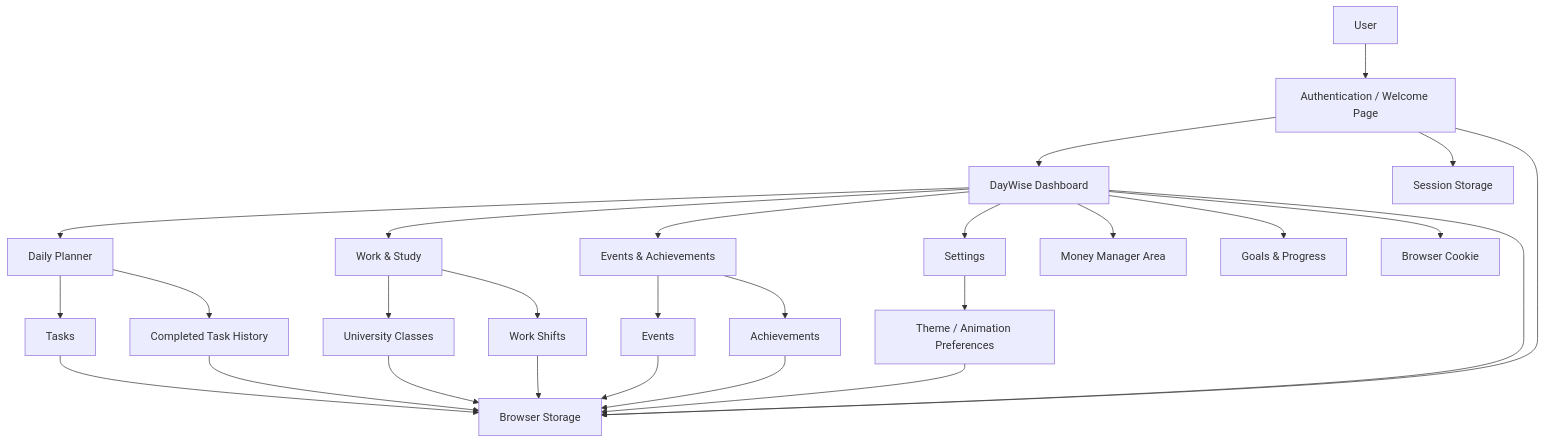
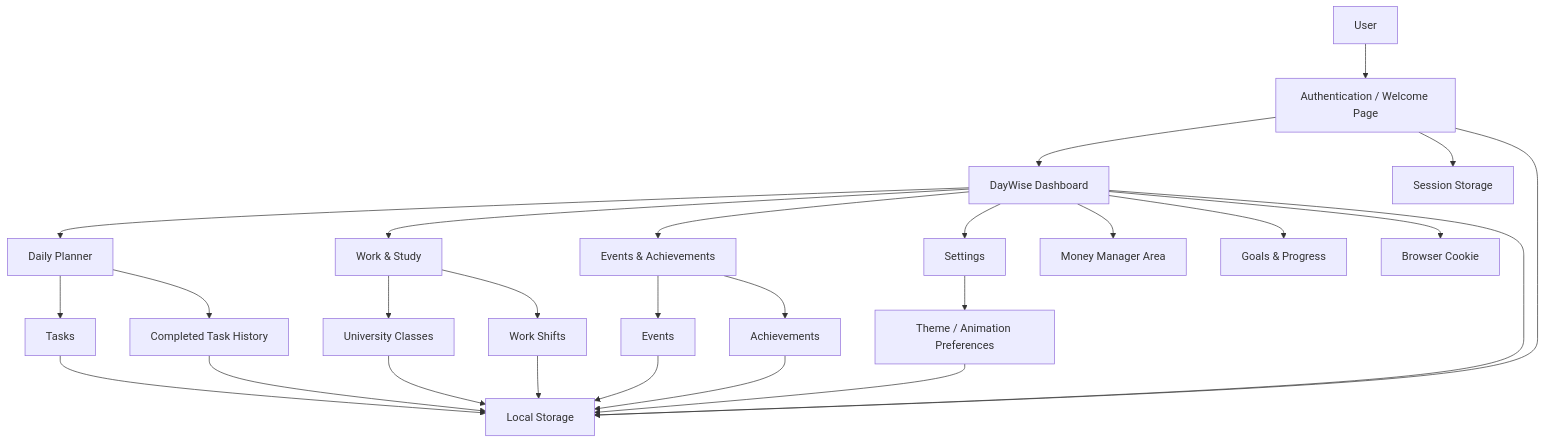
The first of 4 diagrams in README.md (prabash0810/Group-A-C.S.D), drawn with Mermaid before and after one commit. The commit also changed other lines of this file, not shown here.

````diff
--- a/README.md
+++ b/README.md
@@ -459,41 +459,41 @@
 ```mermaid
 flowchart TD
 
     U[User]
 
     U --> AUTH[Authentication / Welcome Page]
 
     AUTH --> DASH[DayWise Dashboard]
 
     DASH --> PLANNER[Daily Planner]
     DASH --> WORK[Work & Study]
     DASH --> EVENTS[Events & Achievements]
     DASH --> SETTINGS[Settings]
     DASH --> MONEY[Money Manager Area]
     DASH --> GOALS[Goals & Progress]
 
     PLANNER --> TASKS[Tasks]
     PLANNER --> HISTORY[Completed Task History]
 
     WORK --> UNI[University Classes]
     WORK --> SHIFTS[Work Shifts]
 
     EVENTS --> EVENTDATA[Events]
     EVENTS --> ACHIEVE[Achievements]
 
     SETTINGS --> APPEARANCE[Theme / Animation Preferences]
 
-    TASKS --> LS[Browser Storage]
+    TASKS --> LS[Local Storage]
     HISTORY --> LS
     UNI --> LS
     SHIFTS --> LS
     EVENTDATA --> LS
     ACHIEVE --> LS
     APPEARANCE --> LS
     DASH --> LS
 
     AUTH --> LS
     AUTH --> SS[Session Storage]
 
     DASH --> COOKIE[Browser Cookie]
 ```
````
